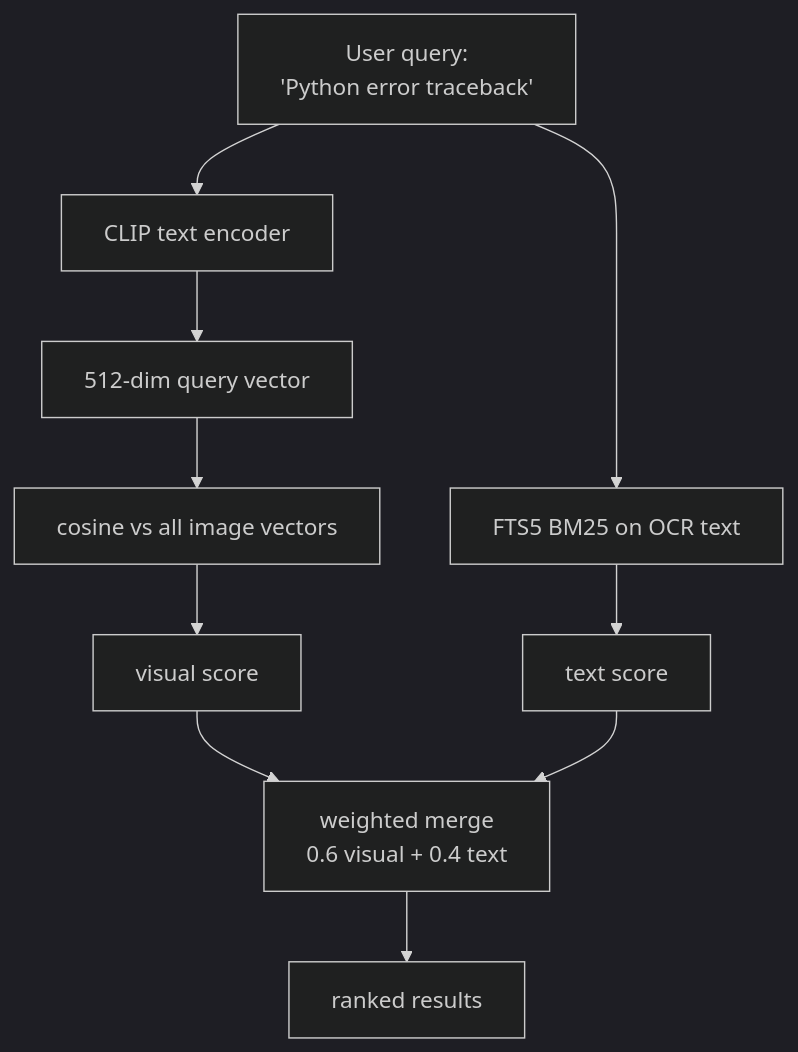
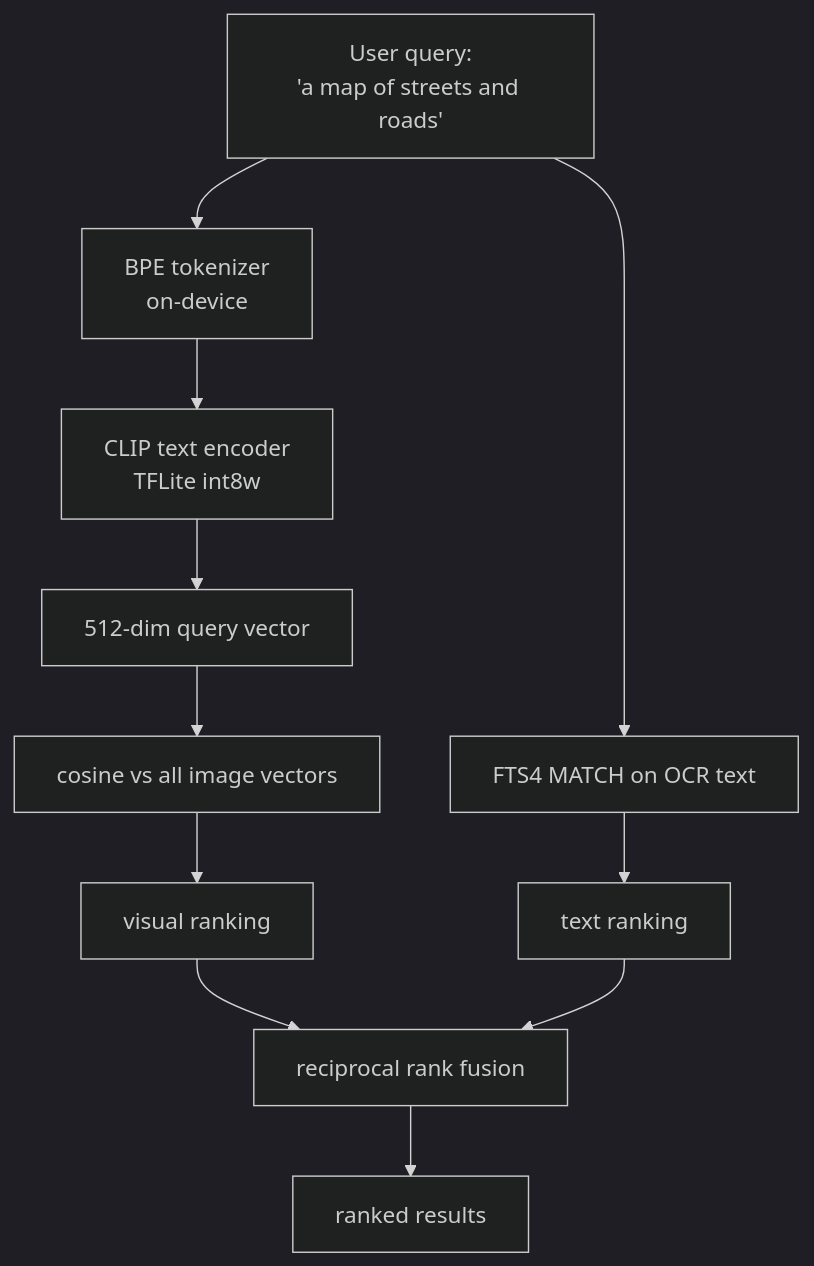
The sixth of 8 diagrams in docs/design.md (jehadbaeth/sshot-classifier), drawn with Mermaid (dark theme) before and after one commit. The commit also changed other lines of this file and 27 other files, not shown here.

First line of the commit message:
Phase 3: free-text semantic visual search

````diff
--- a/docs/design.md
+++ b/docs/design.md
@@ -304,12 +304,13 @@
 ```mermaid
 flowchart TD
-    Q[User query:<br/>'Python error traceback'] --> TE[CLIP text encoder]
+    Q[User query:<br/>'a map of streets and roads'] --> TOK[BPE tokenizer<br/>on-device]
+    TOK --> TE[CLIP text encoder<br/>TFLite int8w]
     TE --> QV[512-dim query vector]
     QV --> COS[cosine vs all image vectors]
-    COS --> VS[visual score]
-    Q --> FTS[FTS5 BM25 on OCR text]
-    FTS --> TS[text score]
-    VS --> MERGE[weighted merge<br/>0.6 visual + 0.4 text]
-    TS --> MERGE
-    MERGE --> R[ranked results]
+    COS --> VR[visual ranking]
+    Q --> FTS[FTS4 MATCH on OCR text]
+    FTS --> TR[text ranking]
+    VR --> RRF[reciprocal rank fusion]
+    TR --> RRF
+    RRF --> R[ranked results]
 ```
````
